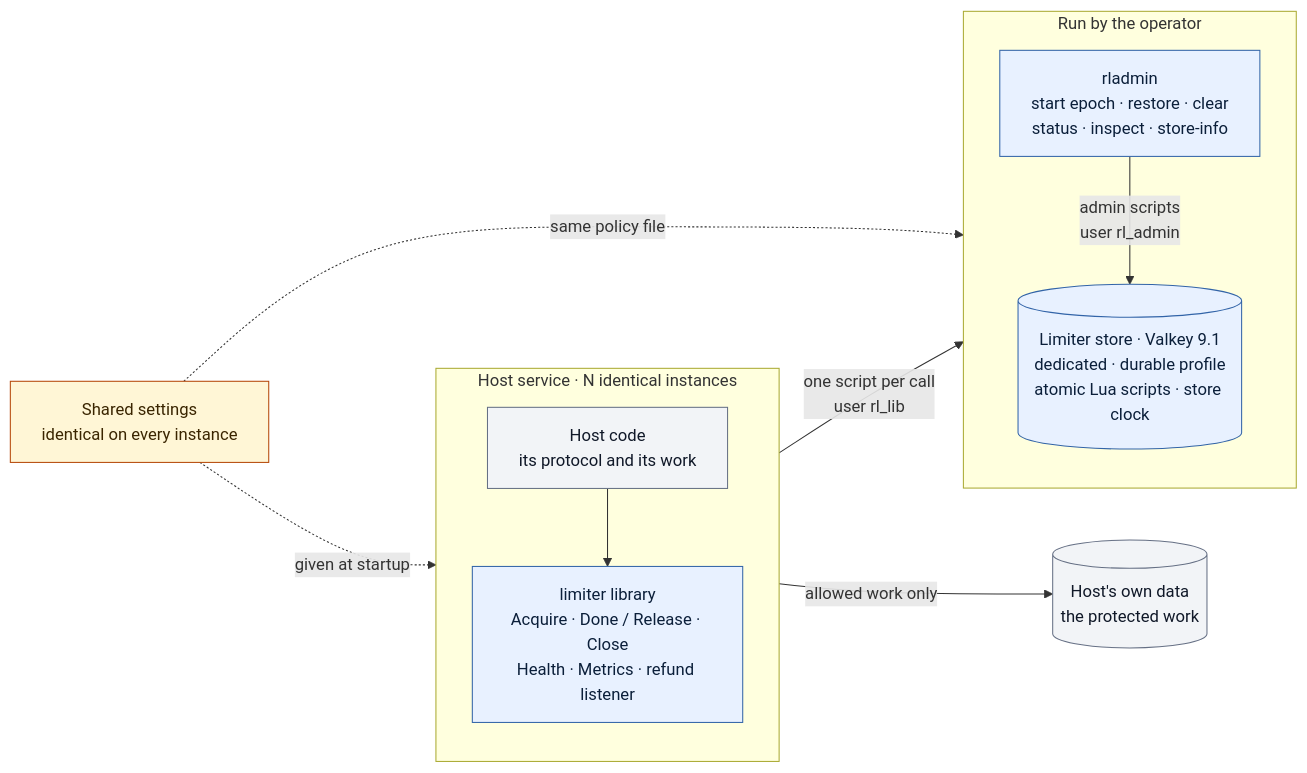
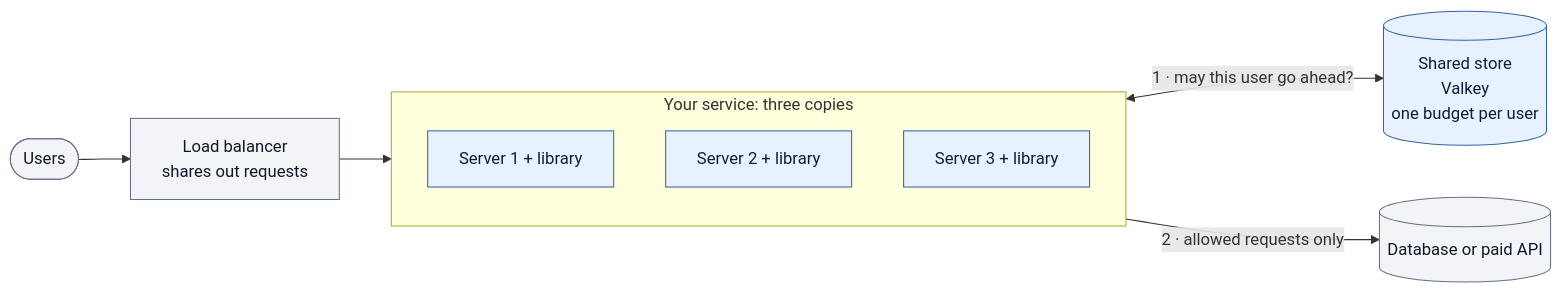
One commit to srir84/ratelimiter changed the diagram in README.md. Above: the diagram before and after it, drawn with Mermaid. The commit also changed other lines of this file and 113 other files, not shown here.

````diff
--- a/README.md
+++ b/README.md
@@ -22,27 +32,17 @@
 ```mermaid
 flowchart LR
-  subgraph app["Host service · N identical instances"]
+  users(["Users"]) --> lb["Load balancer<br/>shares out requests"]
+  subgraph servers["Your service: three copies"]
     direction TB
-    code["Host code<br/>its protocol and its work"]
-    lib["limiter library<br/>Acquire · Done / Release · Close<br/>Health · Metrics · refund listener"]
-    code --> lib
+    a["Server 1 + library"]
+    b["Server 2 + library"]
+    c["Server 3 + library"]
   end
-  subgraph product["Run by the operator"]
-    direction TB
-    store[("Limiter store · Valkey 9.1<br/>dedicated · durable profile<br/>atomic Lua scripts · store clock")]
-    admin["rladmin<br/>start epoch · restore · clear<br/>status · inspect · store-info"]
-  end
-  conf["Shared settings<br/>identical on every instance"]
-  appdb[("Host's own data<br/>the protected work")]
-  lib -->|"one script per call<br/>user rl_lib"| store
-  admin -->|"admin scripts<br/>user rl_admin"| store
-  code -->|"allowed work only"| appdb
-  conf -.->|"given at startup"| lib
-  conf -.->|"same policy file"| admin
+  lb --> servers
+  servers <-->|"1 · may this user go ahead?"| st[("Shared store<br/>Valkey<br/>one budget per user")]
+  servers -->|"2 · allowed requests only"| db[("Database or paid API")]
   classDef prod fill:#E8F1FF,stroke:#3264A8,color:#0B1F3A
   classDef host fill:#F2F4F7,stroke:#667085,color:#101828
-  classDef op fill:#FFF6D6,stroke:#B54708,color:#3A2500
-  class lib,store,admin prod
-  class code,appdb host
-  class conf op
+  class a,b,c,st prod
+  class users,lb,db host
 ```
````
